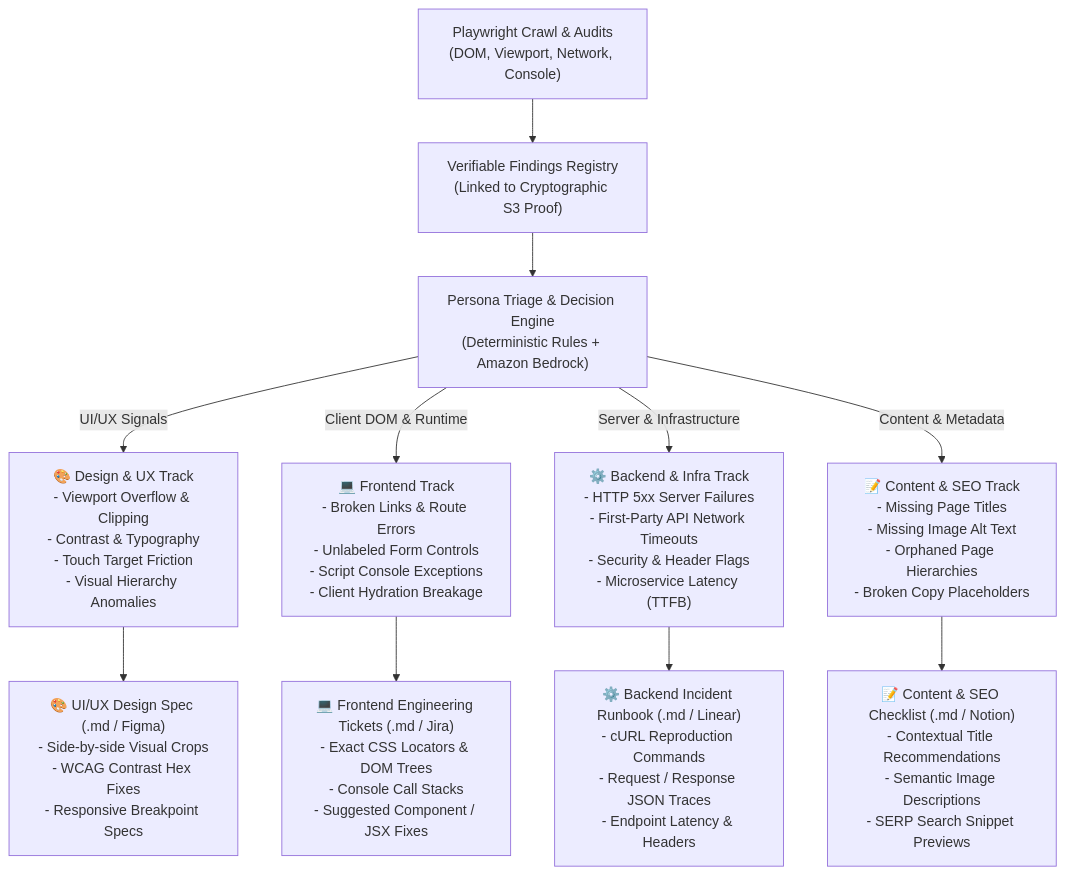
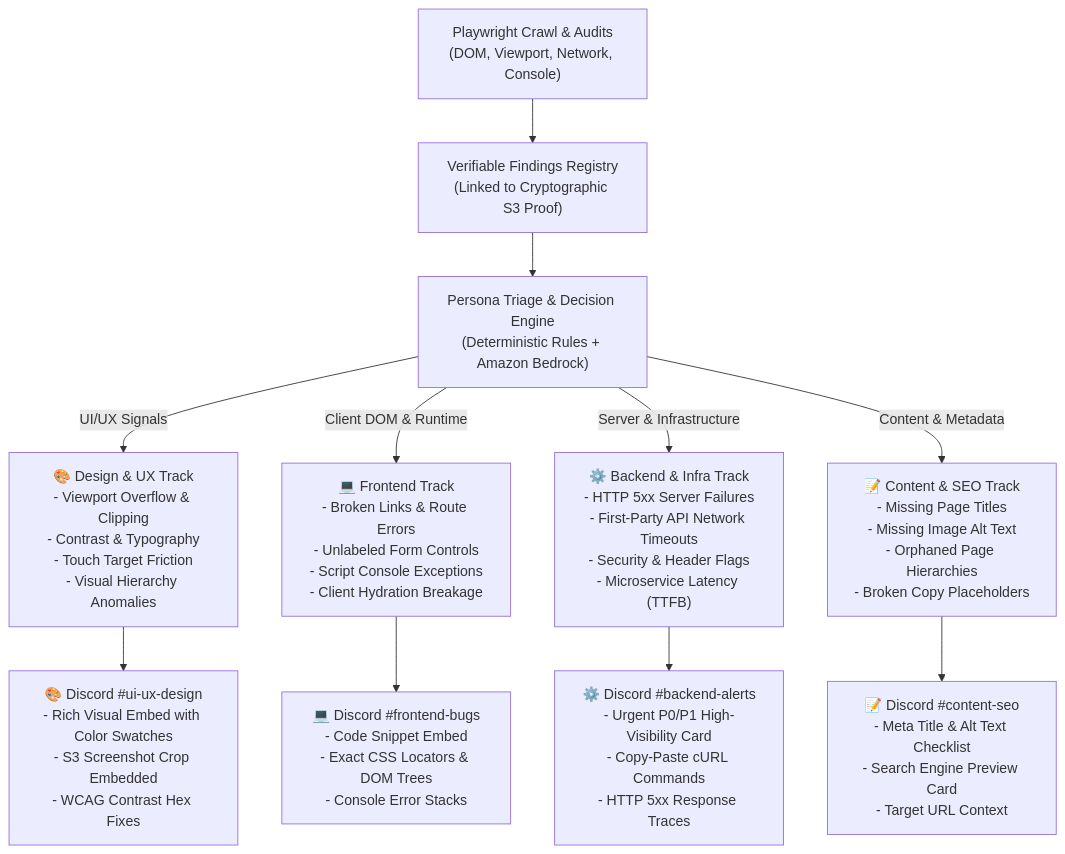
Before and after one commit to itscharanteja/webops-agent: the diagram in IDEA3.md, drawn with Mermaid. The commit also changed other lines of this file, not shown here.

Commit message:
docs(idea-3): refocus ticket dispatch exclusively on Discord multi-channel webhooks

````diff
--- a/IDEA3.md
+++ b/IDEA3.md
@@ -37,15 +37,15 @@
 ```mermaid
 flowchart TD
     Scan["Playwright Crawl & Audits\n(DOM, Viewport, Network, Console)"] --> Raw["Verifiable Findings Registry\n(Linked to Cryptographic S3 Proof)"]
     Raw --> Triage["Persona Triage & Decision Engine\n(Deterministic Rules + Amazon Bedrock)"]
 
     Triage -->|UI/UX Signals| Design["🎨 Design & UX Track\n- Viewport Overflow & Clipping\n- Contrast & Typography\n- Touch Target Friction\n- Visual Hierarchy Anomalies"]
     Triage -->|Client DOM & Runtime| Frontend["💻 Frontend Track\n- Broken Links & Route Errors\n- Unlabeled Form Controls\n- Script Console Exceptions\n- Client Hydration Breakage"]
     Triage -->|Server & Infrastructure| Backend["⚙️ Backend & Infra Track\n- HTTP 5xx Server Failures\n- First-Party API Network Timeouts\n- Security & Header Flags\n- Microservice Latency (TTFB)"]
     Triage -->|Content & Metadata| Content["📝 Content & SEO Track\n- Missing Page Titles\n- Missing Image Alt Text\n- Orphaned Page Hierarchies\n- Broken Copy Placeholders"]
 
-    Design --> OutDesign["🎨 UI/UX Design Spec (.md / Figma)\n- Side-by-side Visual Crops\n- WCAG Contrast Hex Fixes\n- Responsive Breakpoint Specs"]
-    Frontend --> OutFE["💻 Frontend Engineering Tickets (.md / Jira)\n- Exact CSS Locators & DOM Trees\n- Console Call Stacks\n- Suggested Component / JSX Fixes"]
-    Backend --> OutBE["⚙️ Backend Incident Runbook (.md / Linear)\n- cURL Reproduction Commands\n- Request / Response JSON Traces\n- Endpoint Latency & Headers"]
-    Content --> OutContent["📝 Content & SEO Checklist (.md / Notion)\n- Contextual Title Recommendations\n- Semantic Image Descriptions\n- SERP Search Snippet Previews"]
+    Design --> OutDesign["🎨 Discord #ui-ux-design\n- Rich Visual Embed with Color Swatches\n- S3 Screenshot Crop Embedded\n- WCAG Contrast Hex Fixes"]
+    Frontend --> OutFE["💻 Discord #frontend-bugs\n- Code Snippet Embed\n- Exact CSS Locators & DOM Trees\n- Console Error Stacks"]
+    Backend --> OutBE["⚙️ Discord #backend-alerts\n- Urgent P0/P1 High-Visibility Card\n- Copy-Paste cURL Commands\n- HTTP 5xx Response Traces"]
+    Content --> OutContent["📝 Discord #content-seo\n- Meta Title & Alt Text Checklist\n- Search Engine Preview Card\n- Target URL Context"]
 ```
````
